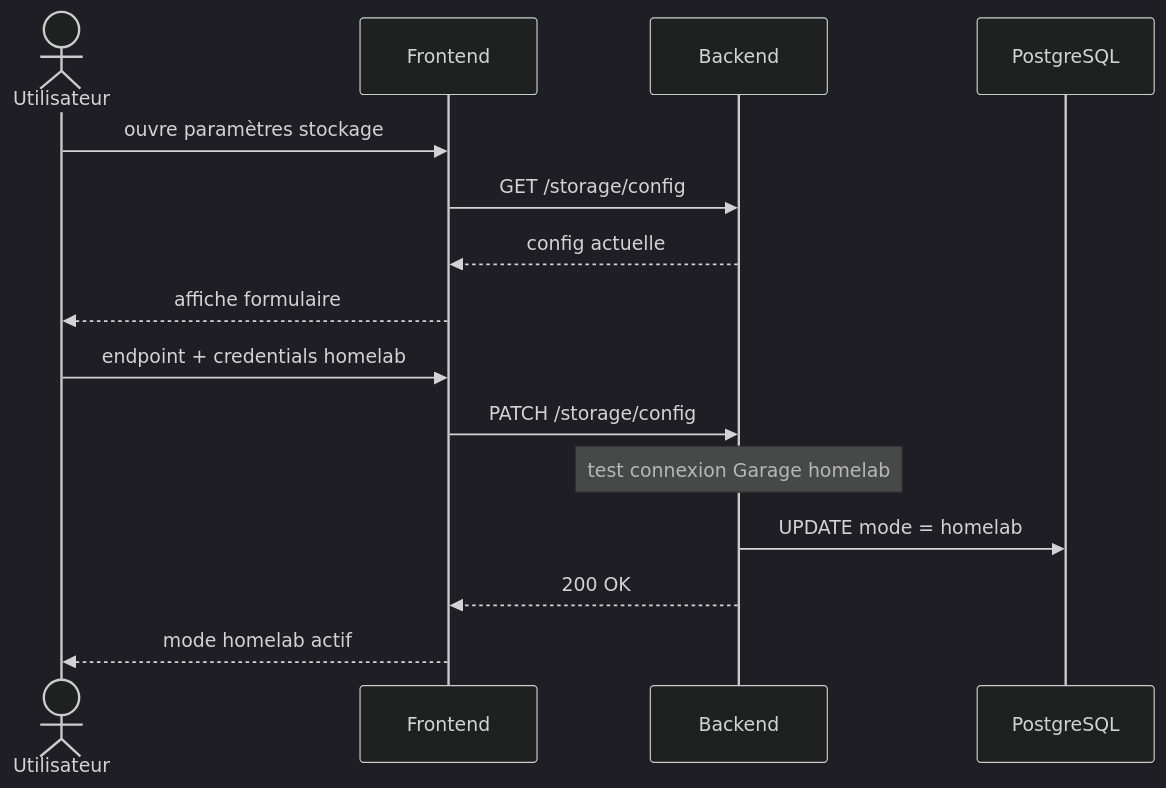
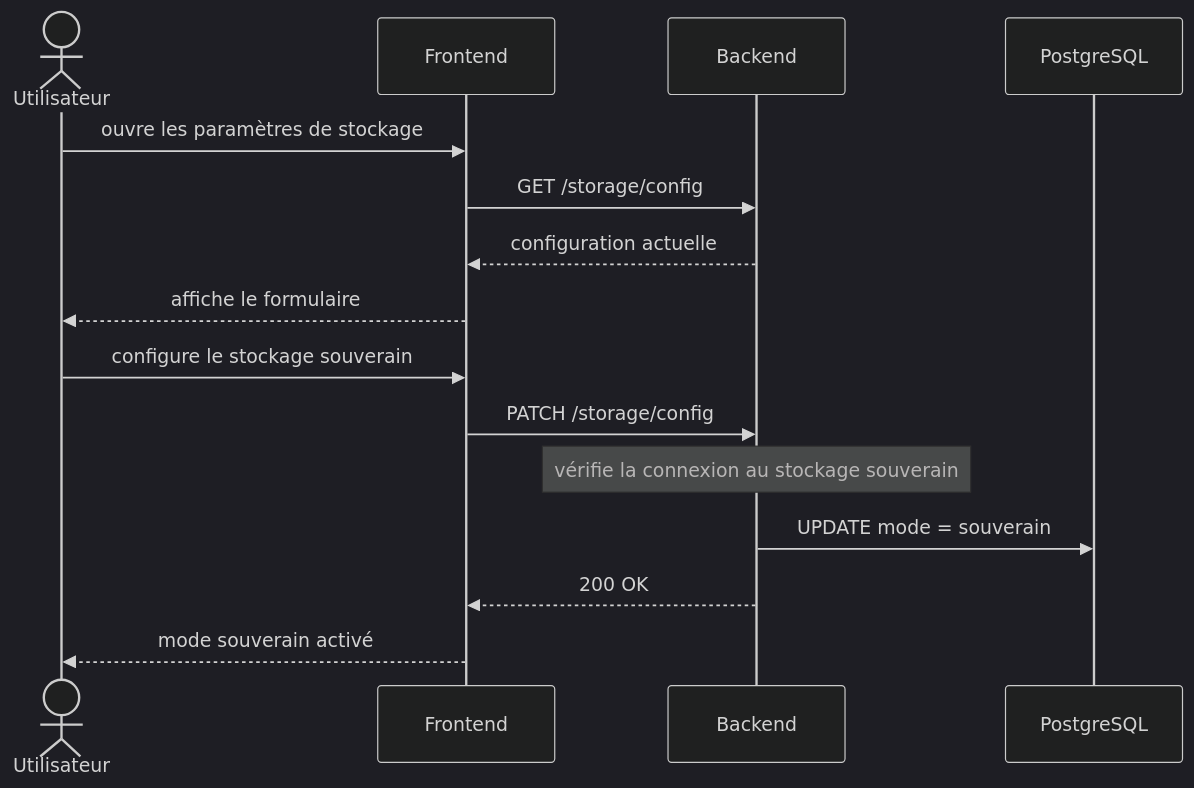
The second of 3 diagrams in documentation/architecture/sequence-killer-feature.md (BOINAR/sovlens), drawn with Mermaid before and after one commit. The commit also changed other lines of this file and 12 other files, not shown here.

Commit message:
docs: complete architecture and database documentation

````diff
--- a/documentation/architecture/sequence-killer-feature.md
+++ b/documentation/architecture/sequence-killer-feature.md
@@ -27,19 +29,19 @@
 ```mermaid
 %%{init: {'theme': 'dark', 'themeVariables': {'fontSize': '16px'}}}%%
 sequenceDiagram
   actor U as Utilisateur
   participant F as Frontend
   participant B as Backend
   participant DB as PostgreSQL
 
-  U->>F: ouvre paramètres stockage
+  U->>F: ouvre les paramètres de stockage
   F->>B: GET /storage/config
-  B-->>F: config actuelle
-  F-->>U: affiche formulaire
-  U->>F: endpoint + credentials homelab
+  B-->>F: configuration actuelle
+  F-->>U: affiche le formulaire
+  U->>F: configure le stockage souverain
   F->>B: PATCH /storage/config
-  Note over B: test connexion Garage homelab
-  B->>DB: UPDATE mode = homelab
+  Note over B: vérifie la connexion au stockage souverain
+  B->>DB: UPDATE mode = souverain
   B-->>F: 200 OK
-  F-->>U: mode homelab actif
+  F-->>U: mode souverain activé
 ```
````
